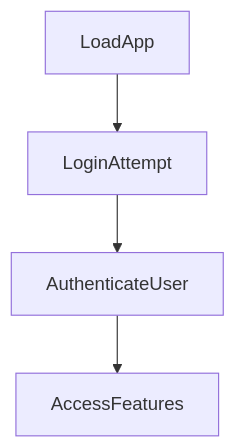
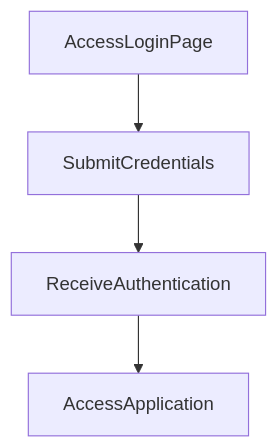
One commit to yogithasivakumar/FocusZen changed the second of 2 diagrams in README.md. Above: the diagram before and after it, drawn with Mermaid. The commit also changed other lines of this file, not shown here.

````diff
--- a/README.md
+++ b/README.md
@@ -24,6 +24,6 @@
 ```mermaid
 flowchart TD
-    LoadApp --> LoginAttempt
-    LoginAttempt --> AuthenticateUser
-    AuthenticateUser --> AccessFeatures
+    AccessLoginPage --> SubmitCredentials
+    SubmitCredentials --> ReceiveAuthentication
+    ReceiveAuthentication --> AccessApplication
 ```
````
